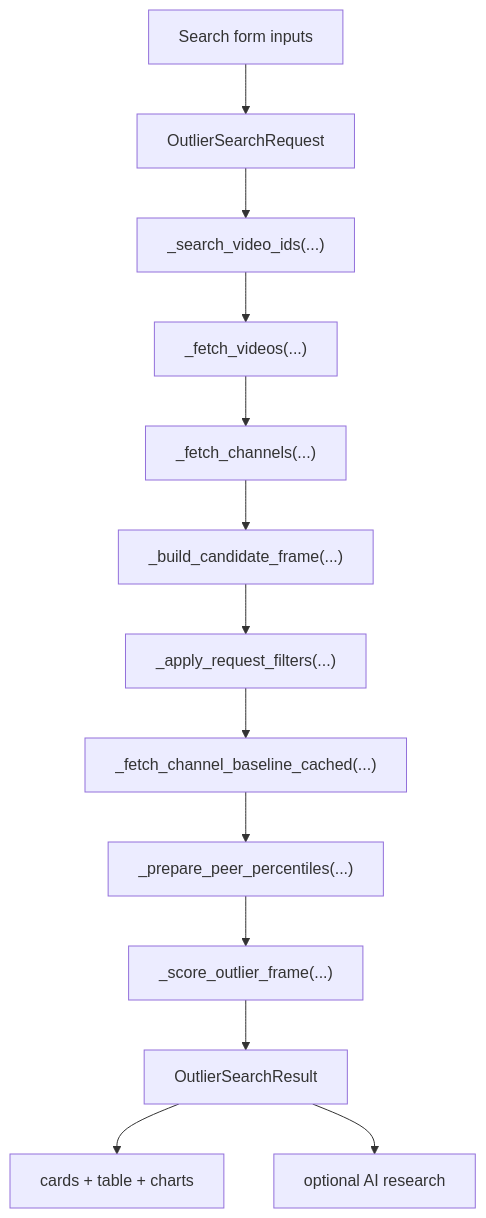
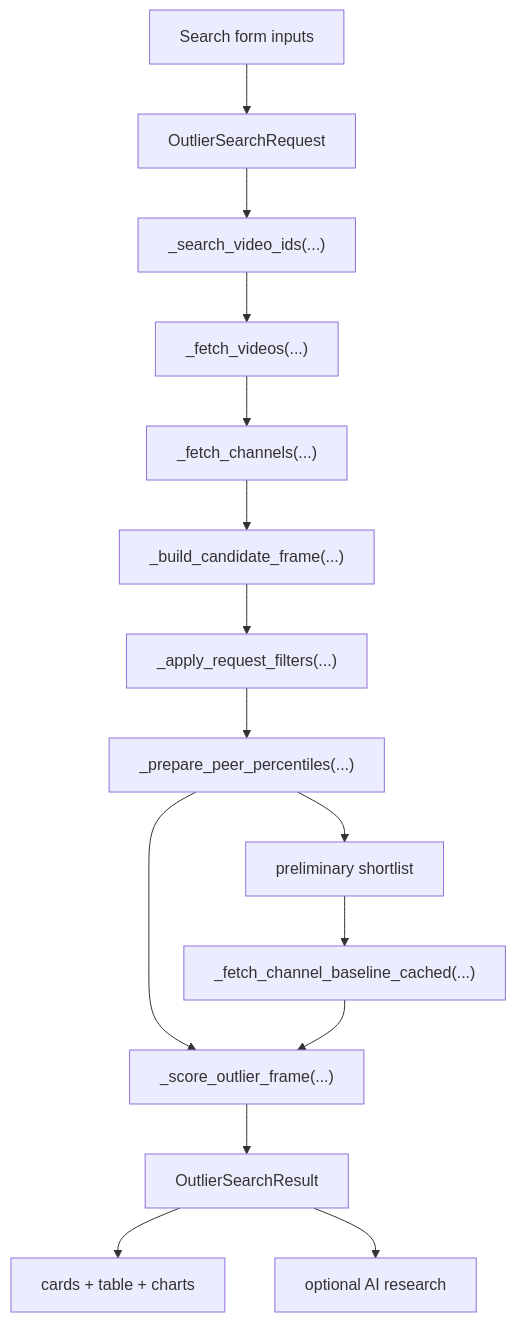
Before and after one commit to Debadri1999/IP-Youtube-Creator-Insight: diagram 11 of 20 in docs/ARCHITECTURE.md, drawn with Mermaid. The commit also changed other lines of this file and 2 other files, not shown here.

Commit message:
Document Outlier Finder scoring and presentation notes

````diff
--- a/docs/ARCHITECTURE.md
+++ b/docs/ARCHITECTURE.md
@@ -328,15 +330,17 @@
 ```mermaid
 flowchart TD
     A["Search form inputs"] --> B["OutlierSearchRequest"]
     B --> C["_search_video_ids(...)"]
     C --> D["_fetch_videos(...)"]
     D --> E["_fetch_channels(...)"]
     E --> F["_build_candidate_frame(...)"]
     F --> G["_apply_request_filters(...)"]
-    G --> H["_fetch_channel_baseline_cached(...)"]
-    H --> I["_prepare_peer_percentiles(...)"]
-    I --> J["_score_outlier_frame(...)"]
-    J --> K["OutlierSearchResult"]
-    K --> L["cards + table + charts"]
-    K --> M["optional AI research"]
+    G --> H["_prepare_peer_percentiles(...)"]
+    H --> I["preliminary shortlist"]
+    I --> J["_fetch_channel_baseline_cached(...)"]
+    H --> K["_score_outlier_frame(...)"]
+    J --> K
+    K --> L["OutlierSearchResult"]
+    L --> M["cards + table + charts"]
+    L --> N["optional AI research"]
 ```
````
